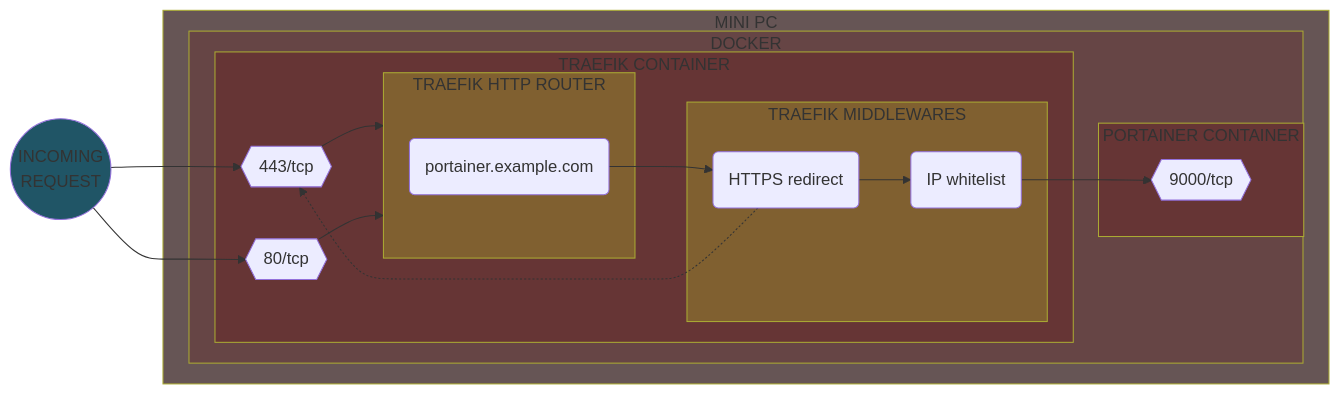
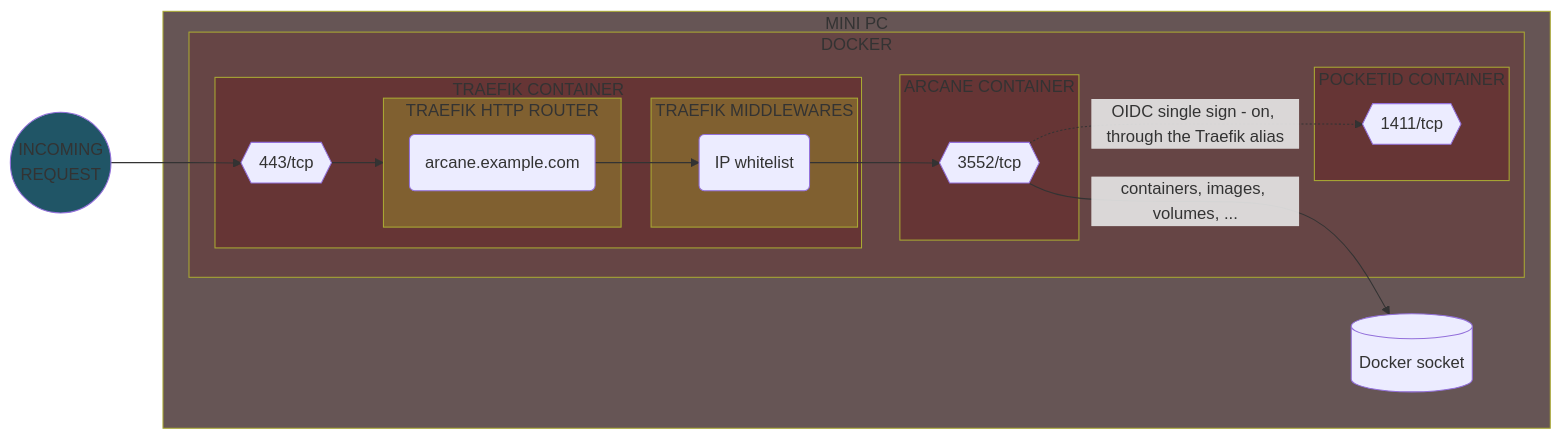
One commit to Yann39/self-hosted-n100 changed diagram 14 of 27 in README.md. Above: the diagram before and after it, drawn with Mermaid. The commit also changed other lines of this file and 11 other files, not shown here.

Commit message:
replaced Portainer by Arcane

````diff
--- a/README.md
+++ b/README.md
@@ -3596,47 +3600,52 @@
 ```mermaid
 flowchart LR
     style INCOMING_REQUEST fill: #205566
     style TRAEFIK_CONTAINER fill: #663535
     style APP_CONTAINER fill: #663535
+    style POCKETID_CONTAINER fill: #663535
     style TRAEFIK_ROUTER fill: #806030
     style TRAEFIK_MIDDLEWARE fill: #806030
     style SERVER_DEVICE fill: #665555
     style CONTAINER_ENGINE fill: #664545
     DOCKER_TRAEFIK_PORT443{{443/tcp}}
-    DOCKER_TRAEFIK_PORT80{{80/tcp}}
-    DOCKER_APP_PORT{{9000/tcp}}
-    TRAEFIK_ROUTER_APP(portainer.example.com)
-    TRAEFIK_MIDDLEWARE_REDIRECT(HTTPS redirect)
+    DOCKER_APP_PORT{{3552/tcp}}
+    DOCKER_POCKETID_PORT{{1411/tcp}}
+    DOCKER_SOCKET[(Docker socket)]
+    TRAEFIK_ROUTER_APP(arcane.example.com)
     TRAEFIK_MIDDLEWARE_IP_WHITELIST(IP whitelist)
     INCOMING_REQUEST((INCOMING\nREQUEST))
     INCOMING_REQUEST --> DOCKER_TRAEFIK_PORT443
-    INCOMING_REQUEST --> DOCKER_TRAEFIK_PORT80
 
     subgraph SERVER_DEVICE[MINI PC]
+        DOCKER_SOCKET
+
         subgraph CONTAINER_ENGINE[DOCKER]
-            subgraph APP_CONTAINER[PORTAINER CONTAINER]
-                DOCKER_APP_PORT
-            end
-
             subgraph TRAEFIK_CONTAINER[TRAEFIK CONTAINER]
                 DOCKER_TRAEFIK_PORT443 --> TRAEFIK_ROUTER
-                DOCKER_TRAEFIK_PORT80 --> TRAEFIK_ROUTER
 
                 subgraph TRAEFIK_ROUTER[TRAEFIK HTTP ROUTER]
                     TRAEFIK_ROUTER_APP
                 end
 
                 subgraph TRAEFIK_MIDDLEWARE[TRAEFIK MIDDLEWARES]
-                    TRAEFIK_MIDDLEWARE_REDIRECT
                     TRAEFIK_MIDDLEWARE_IP_WHITELIST
                 end
 
-                TRAEFIK_MIDDLEWARE_REDIRECT --> TRAEFIK_MIDDLEWARE_IP_WHITELIST
-                TRAEFIK_MIDDLEWARE_REDIRECT -.-> DOCKER_TRAEFIK_PORT443
-                TRAEFIK_MIDDLEWARE_IP_WHITELIST --> DOCKER_APP_PORT
-                TRAEFIK_ROUTER_APP --> TRAEFIK_MIDDLEWARE_REDIRECT
+                TRAEFIK_ROUTER_APP --> TRAEFIK_MIDDLEWARE_IP_WHITELIST
             end
 
+            subgraph APP_CONTAINER[ARCANE CONTAINER]
+                DOCKER_APP_PORT
+            end
+
+            subgraph POCKETID_CONTAINER[POCKETID CONTAINER]
+                DOCKER_POCKETID_PORT
+            end
+
+            TRAEFIK_MIDDLEWARE_IP_WHITELIST --> DOCKER_APP_PORT
+            DOCKER_APP_PORT -.->|OIDC single sign - on, through the Traefik alias| DOCKER_POCKETID_PORT
         end
+
+        DOCKER_APP_PORT -->|containers, images, volumes, ...| DOCKER_SOCKET
     end
 ```
````
